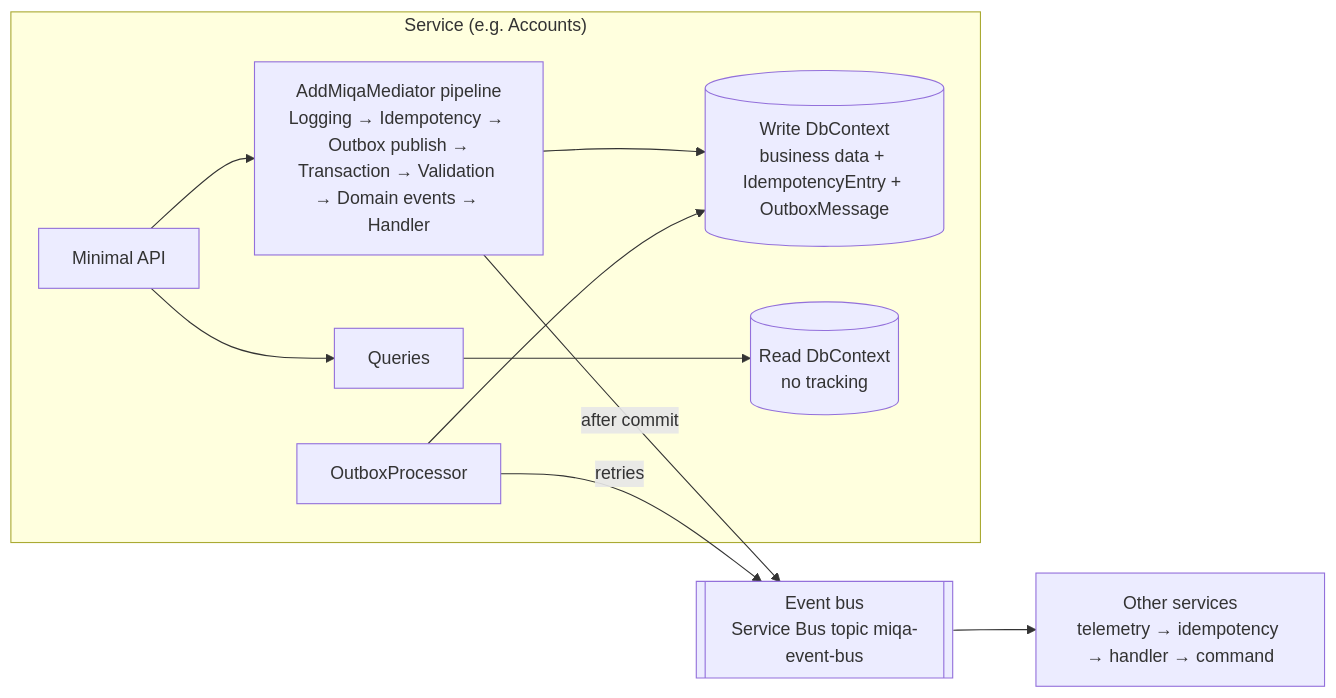
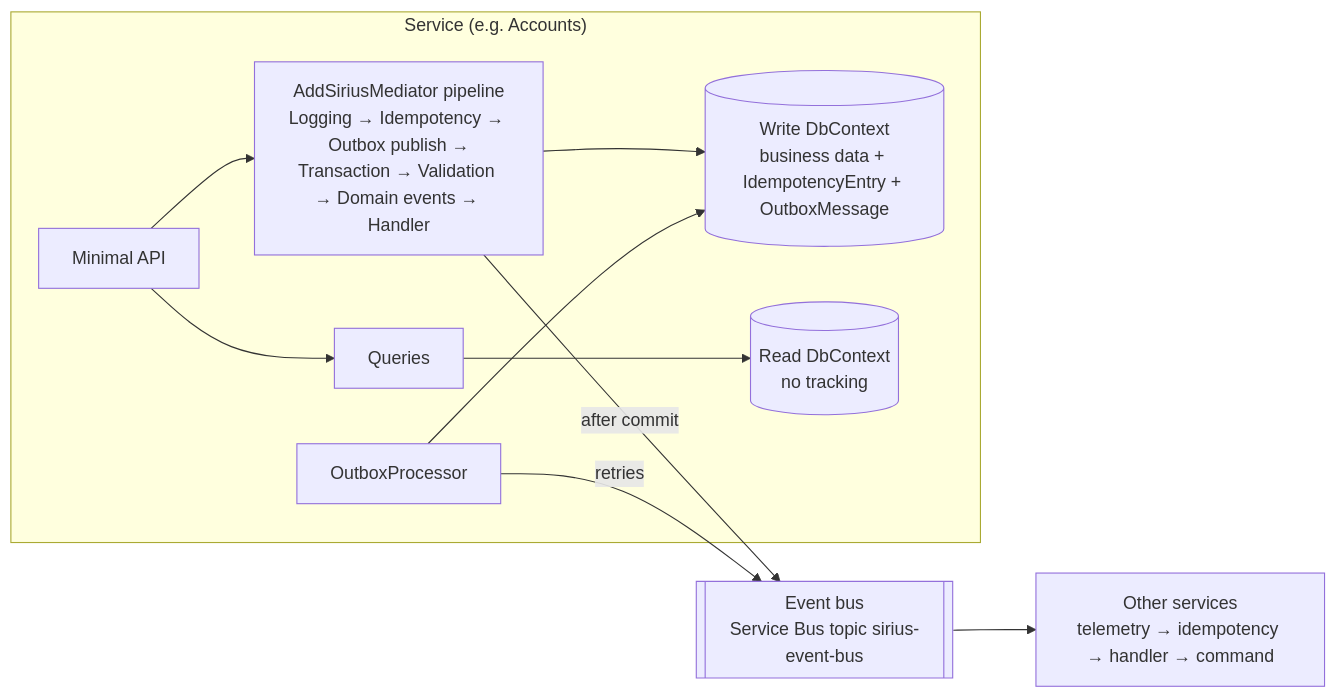
Before and after one commit to miquelalcaraz/Labs.ServicePlatform: the diagram in docs/architecture/README.md, drawn with Mermaid. The commit also changed other lines of this file and 1114 other files, not shown here.

Commit message:
refactor: rename namespaces from Miqa to Sirius

````diff
--- a/docs/architecture/README.md
+++ b/docs/architecture/README.md
@@ -11,12 +11,12 @@
 ```mermaid
 flowchart LR
     subgraph SVC["Service (e.g. Accounts)"]
-        API["Minimal API"] --> PIPE["AddMiqaMediator pipeline<br/>Logging → Idempotency → Outbox publish →<br/>Transaction → Validation → Domain events → Handler"]
+        API["Minimal API"] --> PIPE["AddSiriusMediator pipeline<br/>Logging → Idempotency → Outbox publish →<br/>Transaction → Validation → Domain events → Handler"]
         PIPE --> WDB[("Write DbContext<br/>business data + IdempotencyEntry + OutboxMessage")]
         API --> QRY["Queries"] --> RDB[("Read DbContext<br/>no tracking")]
         OP["OutboxProcessor"] --> WDB
     end
-    PIPE -- "after commit" --> BUS[["Event bus<br/>Service Bus topic miqa-event-bus"]]
+    PIPE -- "after commit" --> BUS[["Event bus<br/>Service Bus topic sirius-event-bus"]]
     OP -- "retries" --> BUS
     BUS --> CONS["Other services<br/>telemetry → idempotency → handler → command"]
 ```
````
